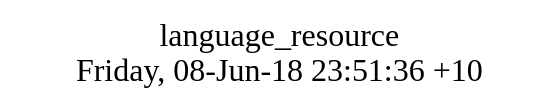
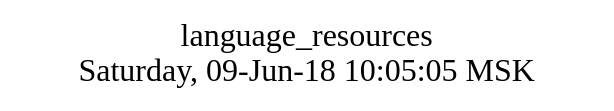
One commit to AplaProject/apps changed the diagram in src/basic/language_resources/struct.dot. Above: the diagram before and after it, drawn with Graphviz. The commit also changed 3 other files, not shown here.

```diff
--- a/src/basic/language_resources/struct.dot
+++ b/src/basic/language_resources/struct.dot
@@ -1,8 +1,10 @@
 digraph G {
-fontsize="24";
-label="language_resource\nFriday, 08-Jun-18 23:51:36 +10";
-nojustify=true;
-ordering=out;
-rankdir=LR;
-size="30";
+graph [
+  fontsize="24";
+  label="language_resources\nSaturday, 09-Jun-18 10:05:05 MSK";
+  nojustify=true;
+  ordering=out;
+  rankdir=LR;
+  size="30";
+];
 }
```
